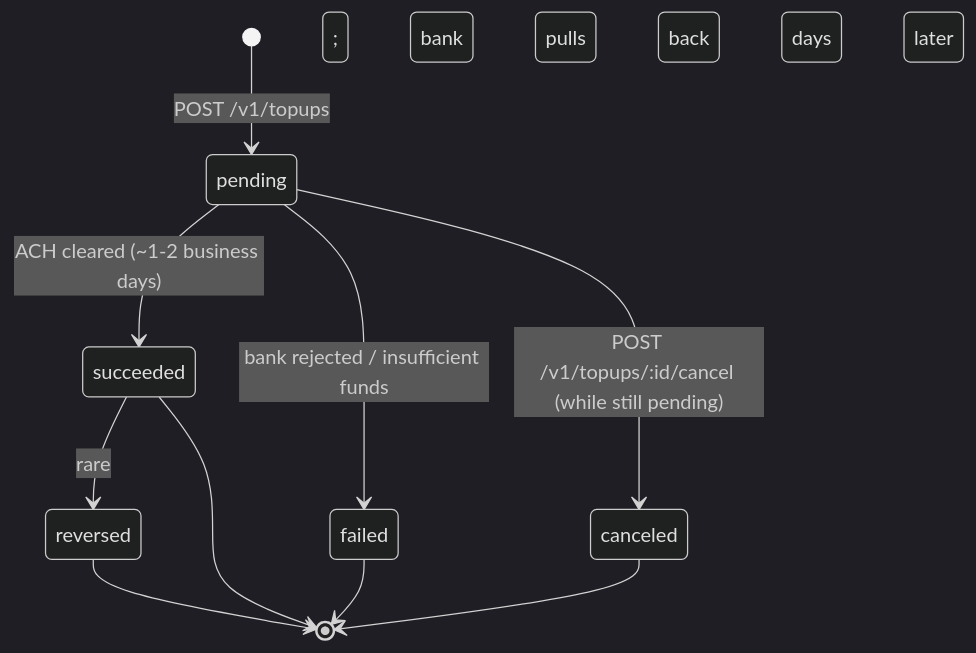
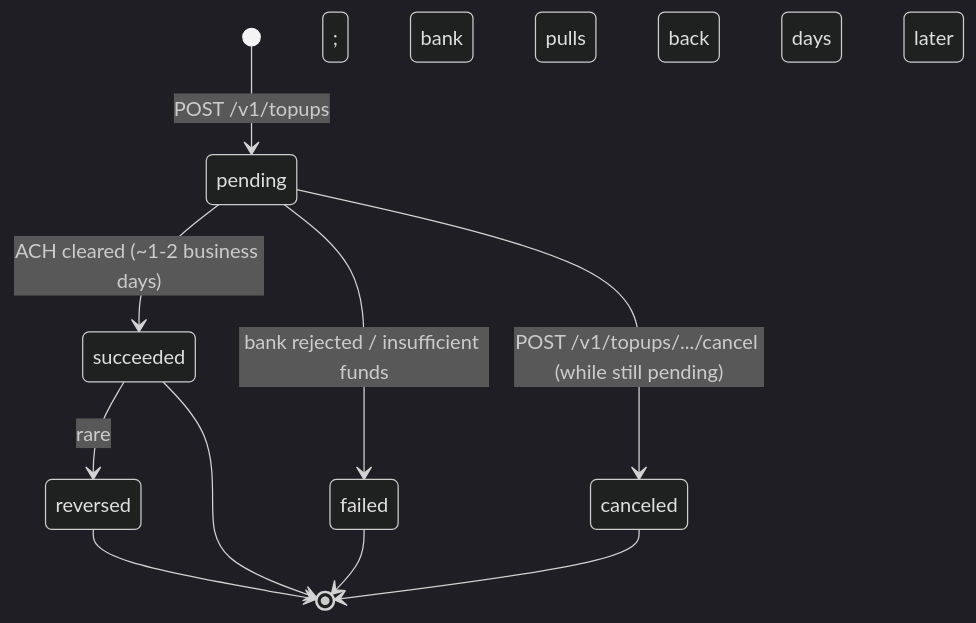
One commit to ngtranthanhtoan/stripe-documentation changed the second of 3 diagrams in 07-connect/top-ups.md. Above: the diagram before and after it, drawn with Mermaid (dark theme). The commit also changed 4 other files, not shown here.

````diff
--- a/07-connect/top-ups.md
+++ b/07-connect/top-ups.md
@@ -31,12 +31,12 @@
 ```mermaid
 stateDiagram-v2
     [*] --> pending: POST /v1/topups
     pending --> succeeded: ACH cleared (~1-2 business days)
     pending --> failed: bank rejected / insufficient funds
-    pending --> canceled: POST /v1/topups/:id/cancel (while still pending)
+    pending --> canceled: POST /v1/topups/.../cancel (while still pending)
     succeeded --> reversed: rare; bank pulls back days later
     succeeded --> [*]
     failed --> [*]
     canceled --> [*]
     reversed --> [*]
 ```
````
